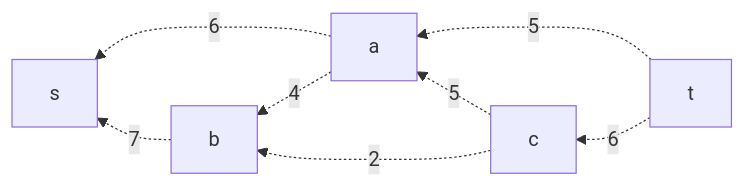
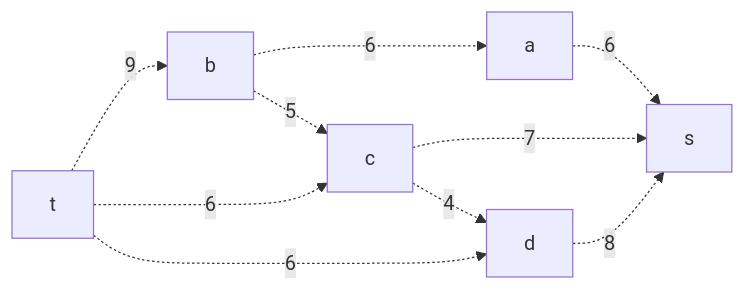
Before and after one commit to hse-algo-24-raven/manual-tasks-raven: the second of 11 diagrams in task-9/pustobek.md, drawn with Mermaid.

````diff
--- a/task-9/pustobek.md
+++ b/task-9/pustobek.md
@@ -25,10 +25,12 @@
 ```mermaid
-graph RL
+graph LR
     a-.->|6|s
-    b-.->|7|s
-    a-.->|4|b
-    c-.->|5|a
-    t-.->|5|a
-    c-.->|2|b
+    c-.->|7|s
+    d-.->|8|s
+    b-.->|6|a
+    b-.->|5|c
+    c-.->|4|d
     t-.->|6|c
+    t-.->|6|d
+    t-.->|9|b
 ```
````
